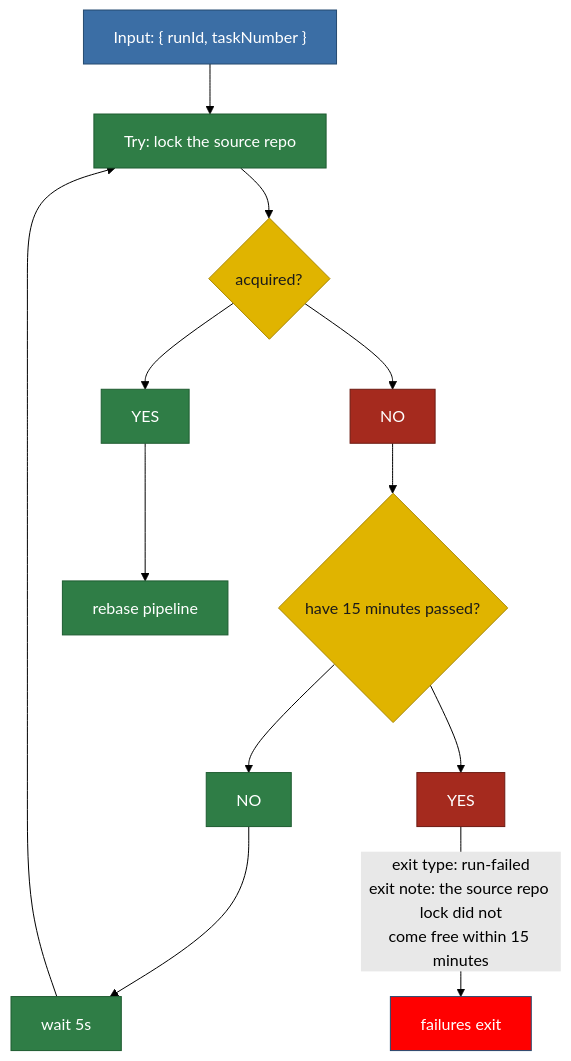
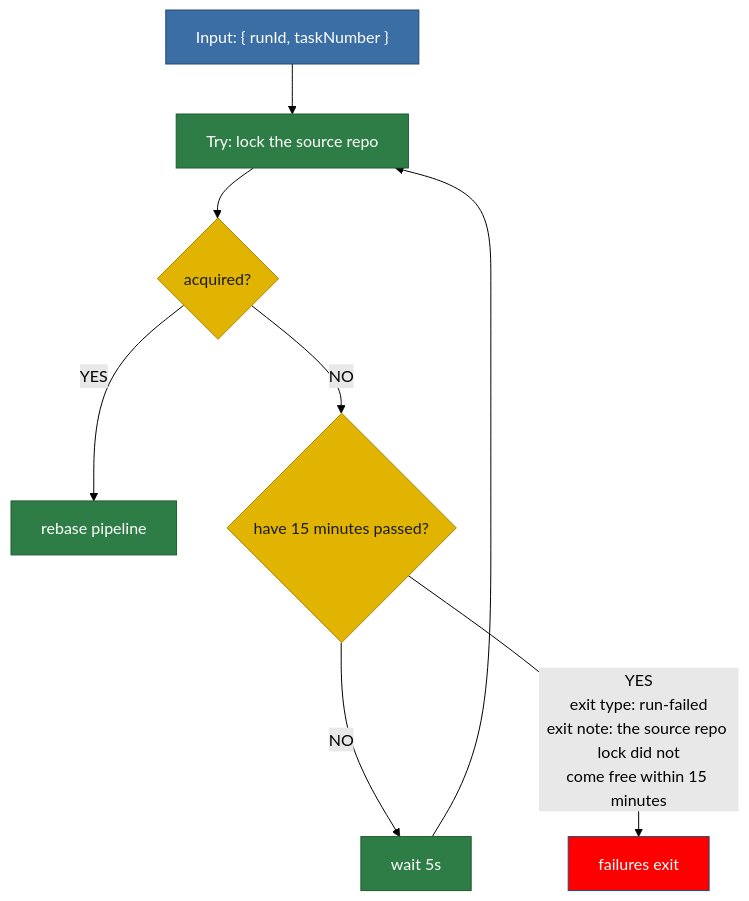
The diagram in plans/diagram/pipeline-rebasePreamble.mmd (matkatmusic/taskTools), drawn with Mermaid (forest theme) before and after one commit. The commit also changed 12 other files, not shown here.

Commit message:
changed YES/NO blocks to be labels in diagrams

```diff
--- a/plans/diagram/pipeline-rebasePreamble.mmd
+++ b/plans/diagram/pipeline-rebasePreamble.mmd
@@ -1,51 +1,45 @@
 flowchart TB
 %% REBASE PREAMBLE PIPELINE. Split from pipeline-rebaseMerge.mmd.
 %% ---
 %% Input: a finished implementation from the review task tests pipeline.
 %% ---
 %% Job: hold the source repo lock before anything touches the repo.
 %% ---
 %% Rules not shown in the graph:
 %% ---
 %% The lock is owned by "runId:taskNumber", not runId alone, since one invocation's tasks share a runId.
 %% ---
 %% The lock file lives under <projectRoot>/.git, so it survives the process. See sourceRepoLock.ts.
 %% ---
 %% A lock left by a dead run is cleared by hand, with the operator-run recoverSourceRepoLock.ts.
 %% ---
 %% The 15 minute cap is what stops this pipeline waiting on a stuck lock forever.
 %% ---
 %% Exit types: run-failed.
 
   FINISHED_IMPLEMENTATION_INPUT["Input: { runId, taskNumber }"] --> LOCK_SOURCE_REPO
   LOCK_SOURCE_REPO["Try: lock the source repo"] --> WAS_LOCK_ACQUIRED{"acquired?"}
-  WAS_LOCK_ACQUIRED --> WAS_LOCK_ACQUIRED_YES["YES"]
-  WAS_LOCK_ACQUIRED --> WAS_LOCK_ACQUIRED_NO["NO"]
-  WAS_LOCK_ACQUIRED_NO --> HAVE_15_MINUTES_PASSED{"have 15 minutes passed?"}
-  HAVE_15_MINUTES_PASSED --> HAVE_15_MINUTES_PASSED_NO["NO"]
-  HAVE_15_MINUTES_PASSED --> HAVE_15_MINUTES_PASSED_YES["YES"]
-  HAVE_15_MINUTES_PASSED_NO --> WAIT_FOR_LOCK["wait 5s"]
+  WAS_LOCK_ACQUIRED -->|YES| REBASE_PIPELINE["rebase pipeline"]
+  WAS_LOCK_ACQUIRED -->|NO| HAVE_15_MINUTES_PASSED{"have 15 minutes passed?"}
+  HAVE_15_MINUTES_PASSED -->|NO| WAIT_FOR_LOCK["wait 5s"]
+  HAVE_15_MINUTES_PASSED -- "YES<br/>exit type: run-failed<br/>exit note: the source repo lock did not<br/>come free within 15 minutes" --> EXIT_WORKFLOW_REBASE_PREAMBLE
   WAIT_FOR_LOCK --> LOCK_SOURCE_REPO
-  HAVE_15_MINUTES_PASSED_YES -- "exit type: run-failed<br/>exit note: the source repo lock did not<br/>come free within 15 minutes" --> EXIT_WORKFLOW_REBASE_PREAMBLE
 
-  WAS_LOCK_ACQUIRED_YES --> REBASE_PIPELINE["rebase pipeline"]
 
   EXIT_WORKFLOW_REBASE_PREAMBLE["failures exit"]
 
   %% Green heads for the next pipeline.
   %% ---
   %% Red goes back round the wait loop.
   classDef pipeline fill:#2f7d46,stroke:#1e5c31,color:#ffffff
   classDef script fill:#2f7d46,stroke:#1e5c31,color:#ffffff
   classDef decision fill:#e0b400,stroke:#a88600,color:#1a1a1a
   classDef output fill:#3b6ea5,stroke:#254a70,color:#ffffff
   classDef fail fill:red,stroke:#254a70,color:#ffffff
   classDef pass fill:#2f7d46,stroke:#1e5c31,color:#ffffff
   classDef nopass fill:#a52a1e,stroke:#6d1a12,color:#ffffff
   class WAS_LOCK_ACQUIRED,HAVE_15_MINUTES_PASSED decision
   class LOCK_SOURCE_REPO,WAIT_FOR_LOCK script
-  class WAS_LOCK_ACQUIRED_YES,HAVE_15_MINUTES_PASSED_NO pass
-  class WAS_LOCK_ACQUIRED_NO,HAVE_15_MINUTES_PASSED_YES nopass
   class REBASE_PIPELINE pipeline
   class EXIT_WORKFLOW_REBASE_PREAMBLE fail
   class FINISHED_IMPLEMENTATION_INPUT output
```
